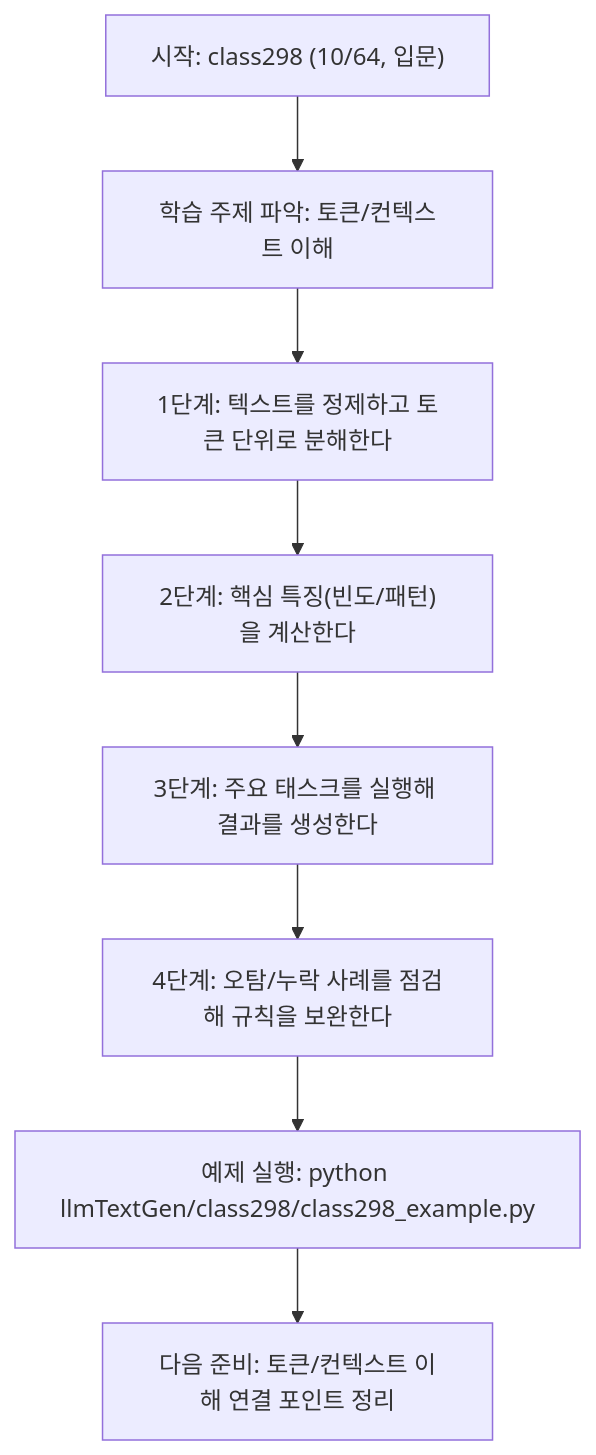
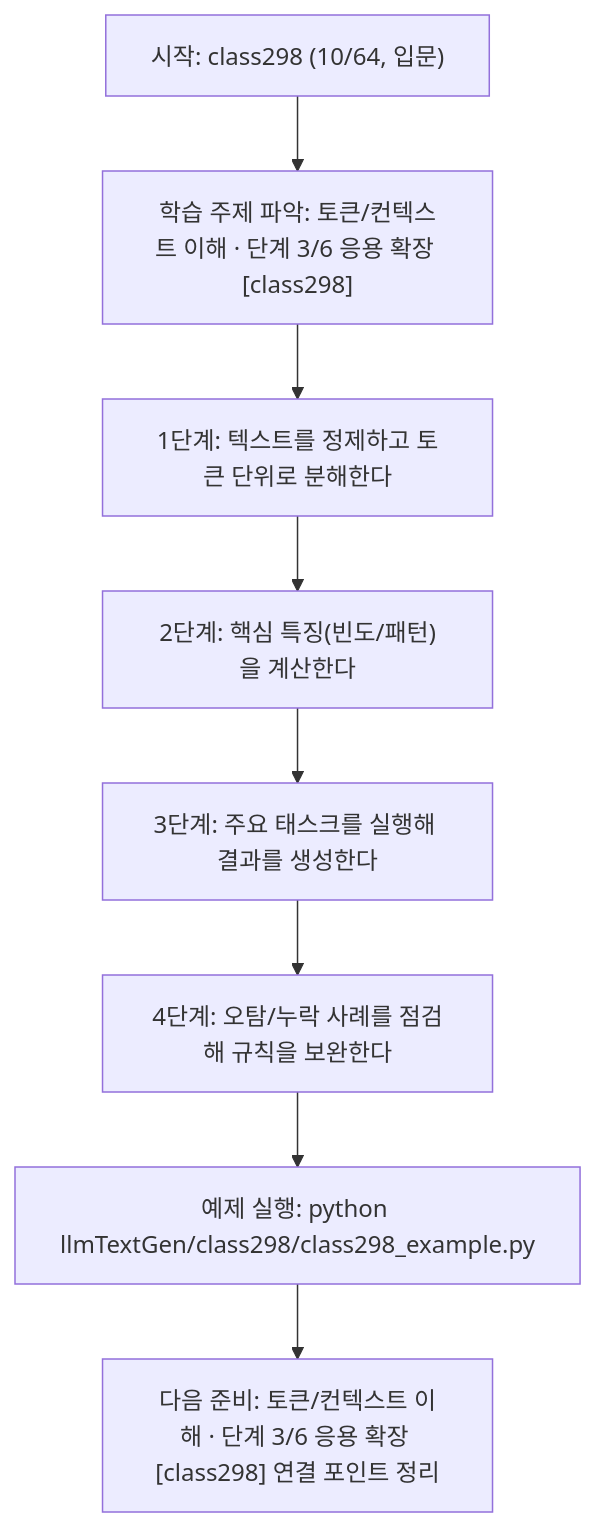
Before and after one commit to edumgt/Python-AI_Agent-Class: the diagram in llmTextGen/class298/class298.md, drawn with Mermaid. The commit also changed other lines of this file and 522 other files, not shown here.

````diff
--- a/llmTextGen/class298/class298.md
+++ b/llmTextGen/class298/class298.md
@@ -113,18 +114,18 @@
 ```mermaid
 flowchart TD
 N1["시작: class298 (10/64, 입문)"]
-N2["학습 주제 파악: 토큰/컨텍스트 이해"]
+N2["학습 주제 파악: 토큰/컨텍스트 이해 · 단계 3/6 응용 확장 [class298]"]
 N3["1단계: 텍스트를 정제하고 토큰 단위로 분해한다"]
 N4["2단계: 핵심 특징(빈도/패턴)을 계산한다"]
 N5["3단계: 주요 태스크를 실행해 결과를 생성한다"]
 N6["4단계: 오탐/누락 사례를 점검해 규칙을 보완한다"]
 N7["예제 실행: python llmTextGen/class298/class298_example.py"]
-N8["다음 준비: 토큰/컨텍스트 이해 연결 포인트 정리"]
+N8["다음 준비: 토큰/컨텍스트 이해 · 단계 3/6 응용 확장 [class298] 연결 포인트 정리"]
 N1 --> N2
 N2 --> N3
 N3 --> N4
 N4 --> N5
 N5 --> N6
 N6 --> N7
 N7 --> N8
 ```
````
